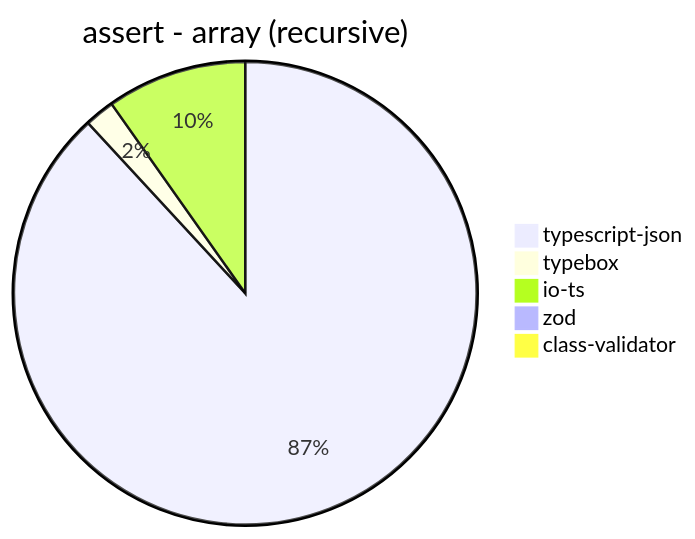
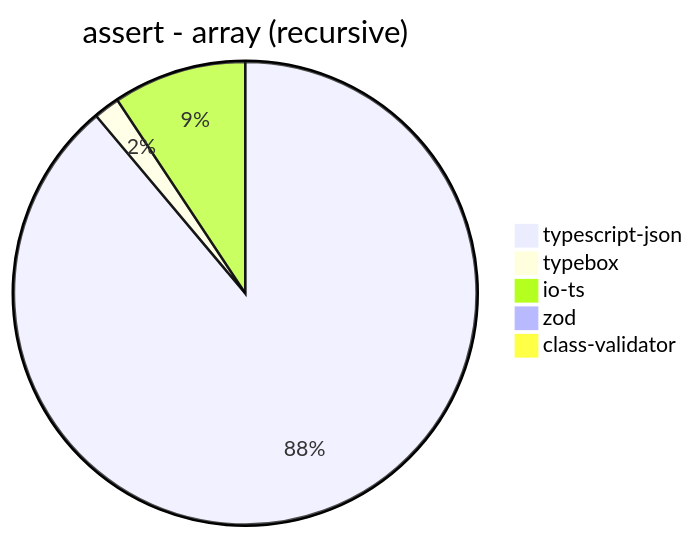
Before and after one commit to samchon/typia: diagram 13 of 38 in benchmark/results/11th Gen Intel(R) Core(TM) i5-1135G7 @ 2.40GHz.md, drawn with Mermaid. The commit also changed other lines of this file and 364 other files, not shown here.

````diff
--- a/benchmark/results/11th Gen Intel(R) Core(TM) i5-1135G7 @ 2.40GHz.md
+++ b/benchmark/results/11th Gen Intel(R) Core(TM) i5-1135G7 @ 2.40GHz.md
@@ -166,8 +166,8 @@
 ```mermaid
 pie title assert - array (recursive)
-  "typescript-json": 1519.5467422096317
-  "typebox": 35.950804162724694
-  "io-ts": 168.7150837988827
-  "zod": 9.056603773584905
-  "class-validator": 3.3994334277620397
+  "typescript-json": 1523.890142964635
+  "typebox": 31.0956648984818
+  "io-ts": 159.5955948727207
+  "zod": 9.044657998869416
+  "class-validator": 3.6087369420702755
 ```
````
